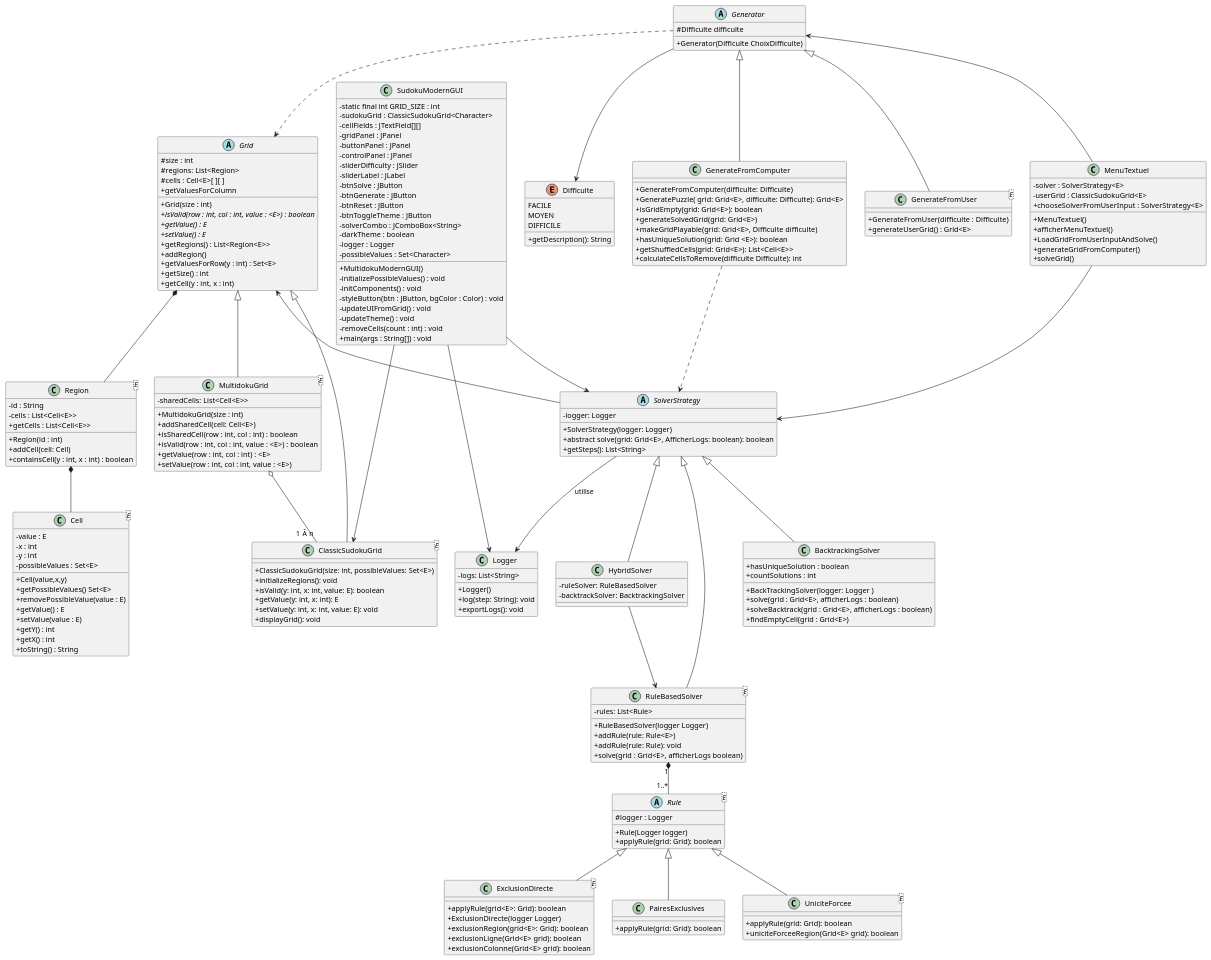
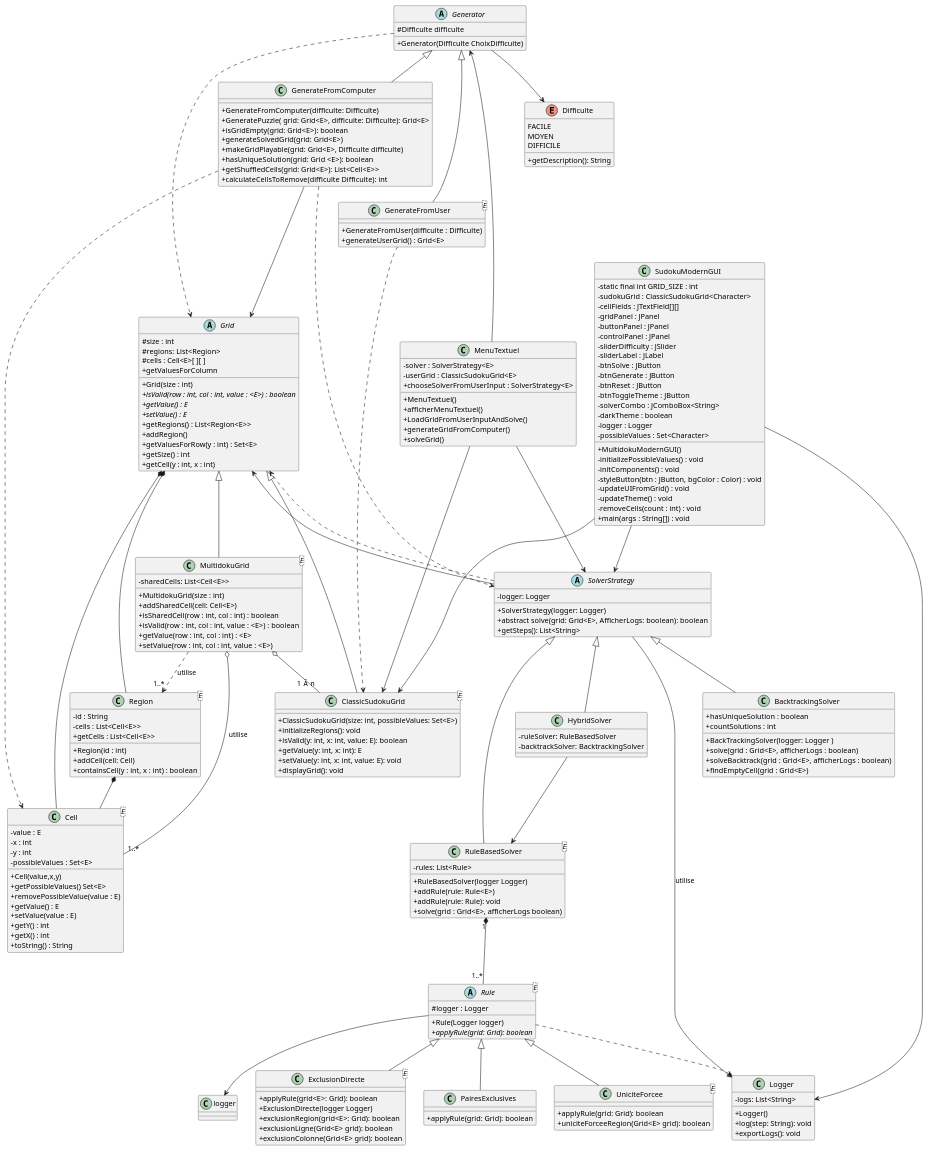
One commit to PolytechLyon/SudokuAPO changed the diagram in ClassDiagram.puml. Above: the diagram before and after it, drawn with PlantUML. The commit also changed 2 other files, not shown here.

Commit message:
Diagramme de classe : relations

```diff
--- a/ClassDiagram.puml
+++ b/ClassDiagram.puml
@@ -61,11 +61,15 @@
     + setValue(row : int, col : int, value : <E>)
 }
 
+MultidokuGrid o-- "1..*" Cell : utilise
+MultidokuGrid ..> "1..*"Region : utilise
+
 abstract class Rule<E> {
     #logger : Logger
     +Rule(Logger logger)
-    + applyRule(grid: Grid): boolean
+    + {abstract}applyRule(grid: Grid): boolean
 }
+Rule-->logger
 class ExclusionDirecte<E> extends Rule {
     + applyRule(grid<E>: Grid): boolean
     + ExclusionDirecte(logger Logger)
@@ -76,6 +80,8 @@
 class PairesExclusives extends Rule {
     + applyRule(grid: Grid): boolean
 }
+Rule..>Logger
+
 class UniciteForcee<E> extends Rule {
     + applyRule(grid: Grid): boolean
     + uniciteForceeRegion(Grid<E> grid): boolean
@@ -96,6 +102,7 @@
 
 }
 Generator ..> Grid
+GenerateFromComputer ..> Cell
 
 class GenerateFromComputer extends Generator{
     + GenerateFromComputer(difficulte: Difficulte)
@@ -108,10 +115,14 @@
     + calculateCellsToRemove(difficulte Difficulte): int
 }
 
+GenerateFromComputer --> Grid
+
 class GenerateFromUser<E> extends Generator<E>{
     + GenerateFromUser(difficulte : Difficulte)
     + generateUserGrid() : Grid<E>
 }
+GenerateFromUser..>ClassicSudokuGrid
+
 
 class MenuTextuel {
     - solver : SolverStrategy<E>
@@ -125,6 +136,7 @@
 }
 
 MenuTextuel --> SolverStrategy
+MenuTextuel --> ClassicSudokuGrid
 
 
 
@@ -163,6 +175,7 @@
     + abstract solve(grid: Grid<E>, AfficherLogs: boolean): boolean
     + getSteps(): List<String>
 }
+SolverStrategy ..> Grid
 
 class SudokuModernGUI {
   - static final int GRID_SIZE : int
@@ -205,6 +218,7 @@
 MultidokuGrid o-- "1 Ã  n" ClassicSudokuGrid
 
 Region *-- Cell
+Grid *-- Cell
 
 SolverStrategy <|-- RuleBasedSolver
 SolverStrategy <|-- HybridSolver
```
